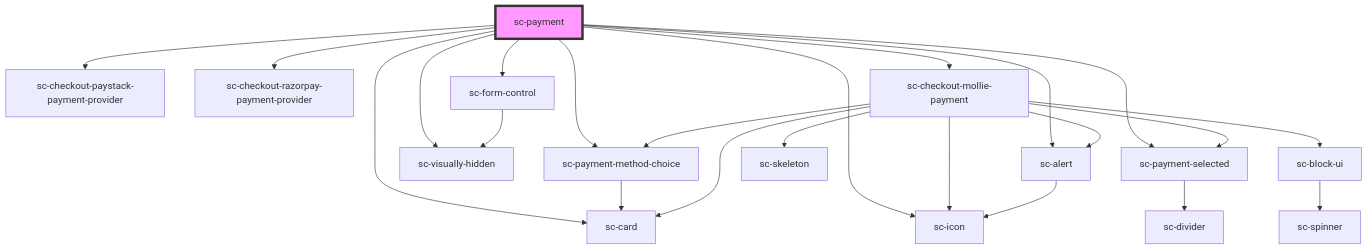
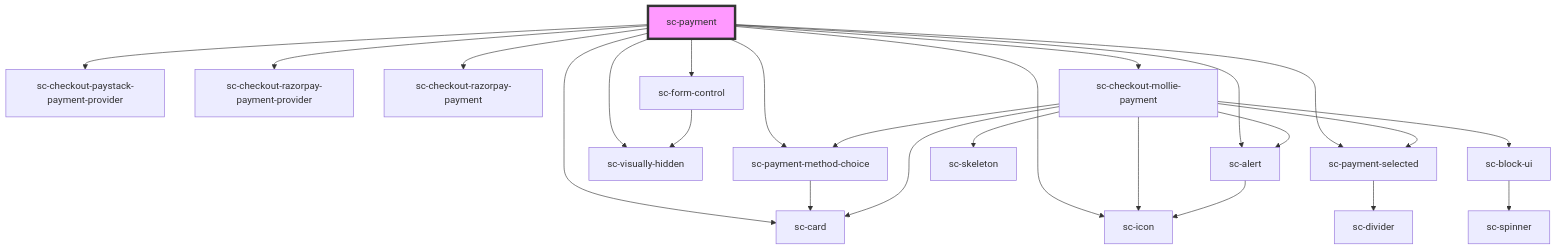
The diagram in packages/components/src/components/controllers/checkout-form/payment/readme.md (surecart/surecart-wp-plugin), drawn with Mermaid before and after one commit. The commit also changed other lines of this file and 18 other files, not shown here.

Commit message:
Added recurring UPI payment method for Razorpay

````diff
--- a/packages/components/src/components/controllers/checkout-form/payment/readme.md
+++ b/packages/components/src/components/controllers/checkout-form/payment/readme.md
@@ -47,26 +48,27 @@
 ```mermaid
 graph TD;
   sc-payment --> sc-payment-method-choice
   sc-payment --> sc-icon
   sc-payment --> sc-visually-hidden
   sc-payment --> sc-card
   sc-payment --> sc-payment-selected
   sc-payment --> sc-checkout-paystack-payment-provider
   sc-payment --> sc-checkout-razorpay-payment-provider
+  sc-payment --> sc-checkout-razorpay-payment
   sc-payment --> sc-form-control
   sc-payment --> sc-checkout-mollie-payment
   sc-payment --> sc-alert
   sc-payment-method-choice --> sc-card
   sc-payment-selected --> sc-divider
   sc-form-control --> sc-visually-hidden
   sc-checkout-mollie-payment --> sc-card
   sc-checkout-mollie-payment --> sc-skeleton
   sc-checkout-mollie-payment --> sc-alert
   sc-checkout-mollie-payment --> sc-payment-method-choice
   sc-checkout-mollie-payment --> sc-payment-selected
   sc-checkout-mollie-payment --> sc-block-ui
   sc-checkout-mollie-payment --> sc-icon
   sc-alert --> sc-icon
   sc-block-ui --> sc-spinner
   style sc-payment fill:#f9f,stroke:#333,stroke-width:4px
 ```
````
